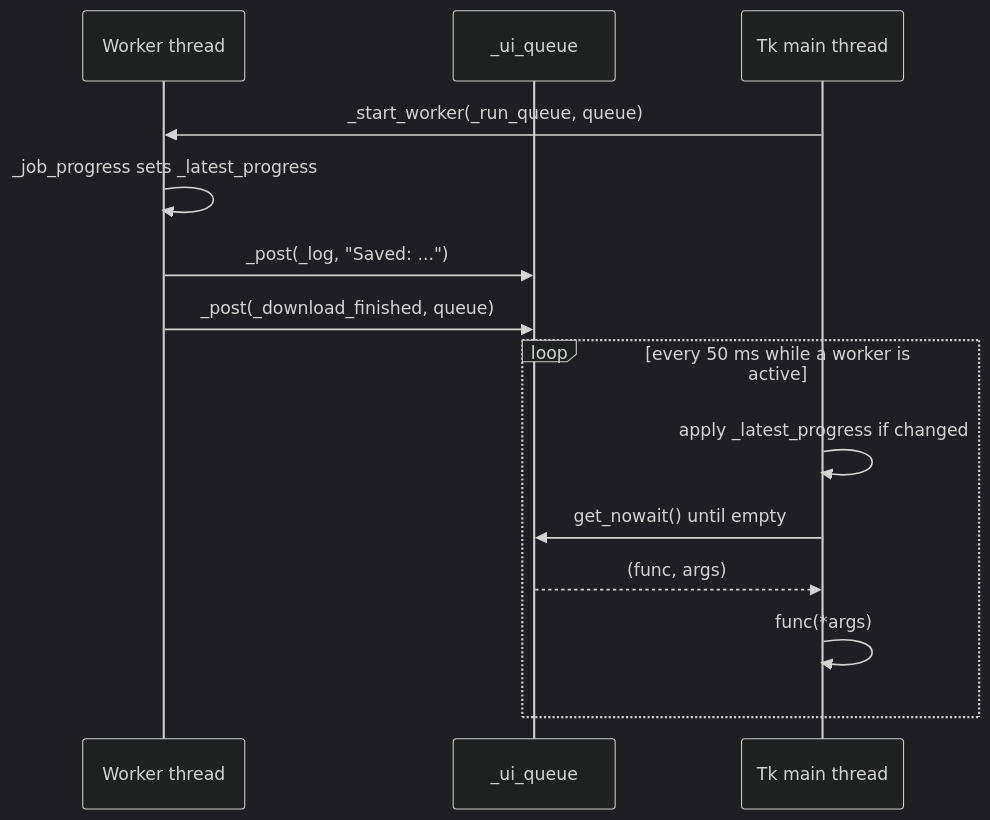
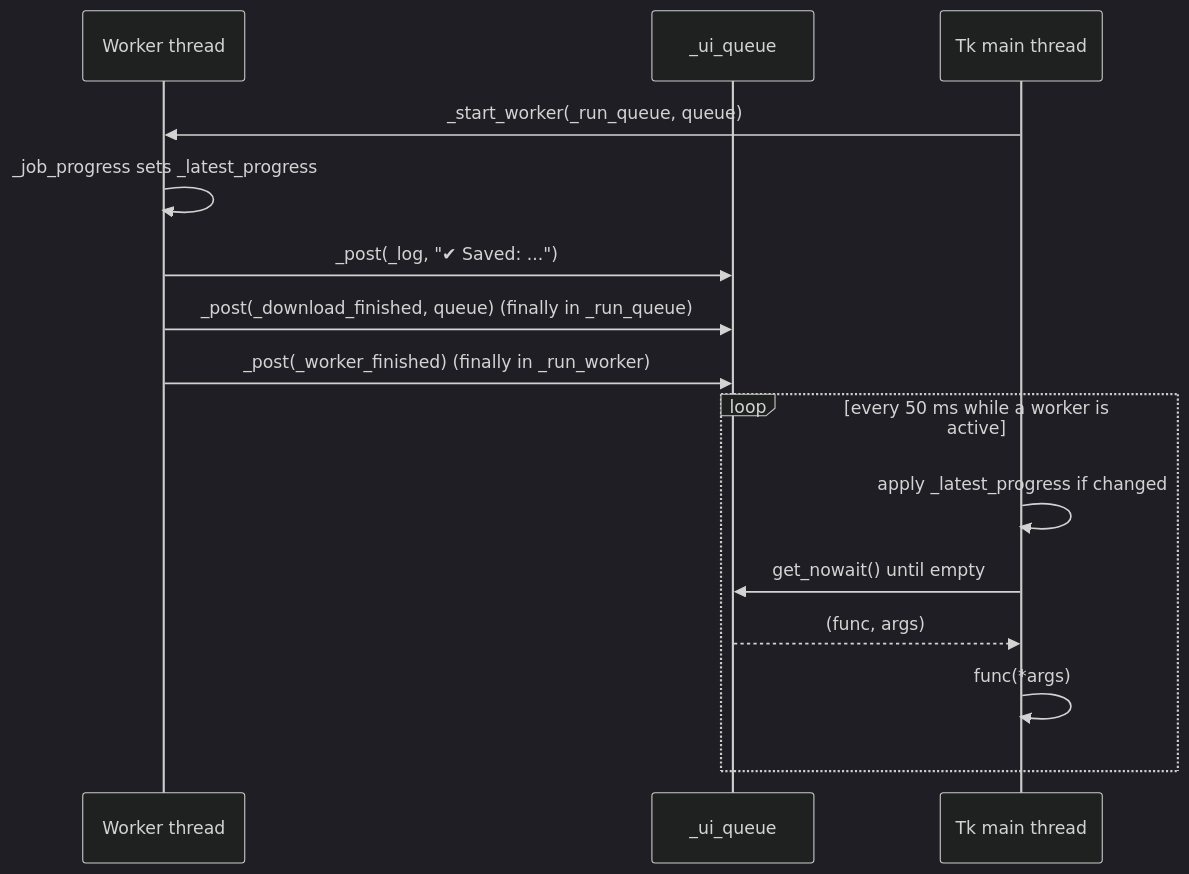
Before and after one commit to lifeupnorth/YouTubeDownloader: the second of 3 diagrams in docs/wiki/03-architecture.md, drawn with Mermaid (dark theme). The commit also changed other lines of this file and 10 other files, not shown here.

````diff
--- a/docs/wiki/03-architecture.md
+++ b/docs/wiki/03-architecture.md
@@ -63,16 +70,17 @@
 ```mermaid
 sequenceDiagram
     participant W as Worker thread
     participant Q as _ui_queue
     participant M as Tk main thread
     M->>W: _start_worker(_run_queue, queue)
     W->>W: _job_progress sets _latest_progress
-    W->>Q: _post(_log, "Saved: ...")
-    W->>Q: _post(_download_finished, queue)
+    W->>Q: _post(_log, "✔ Saved: ...")
+    W->>Q: _post(_download_finished, queue) (finally in _run_queue)
+    W->>Q: _post(_worker_finished) (finally in _run_worker)
     loop every 50 ms while a worker is active
         M->>M: apply _latest_progress if changed
         M->>Q: get_nowait() until empty
         Q-->>M: (func, args)
         M->>M: func(*args)
     end
 ```
````
